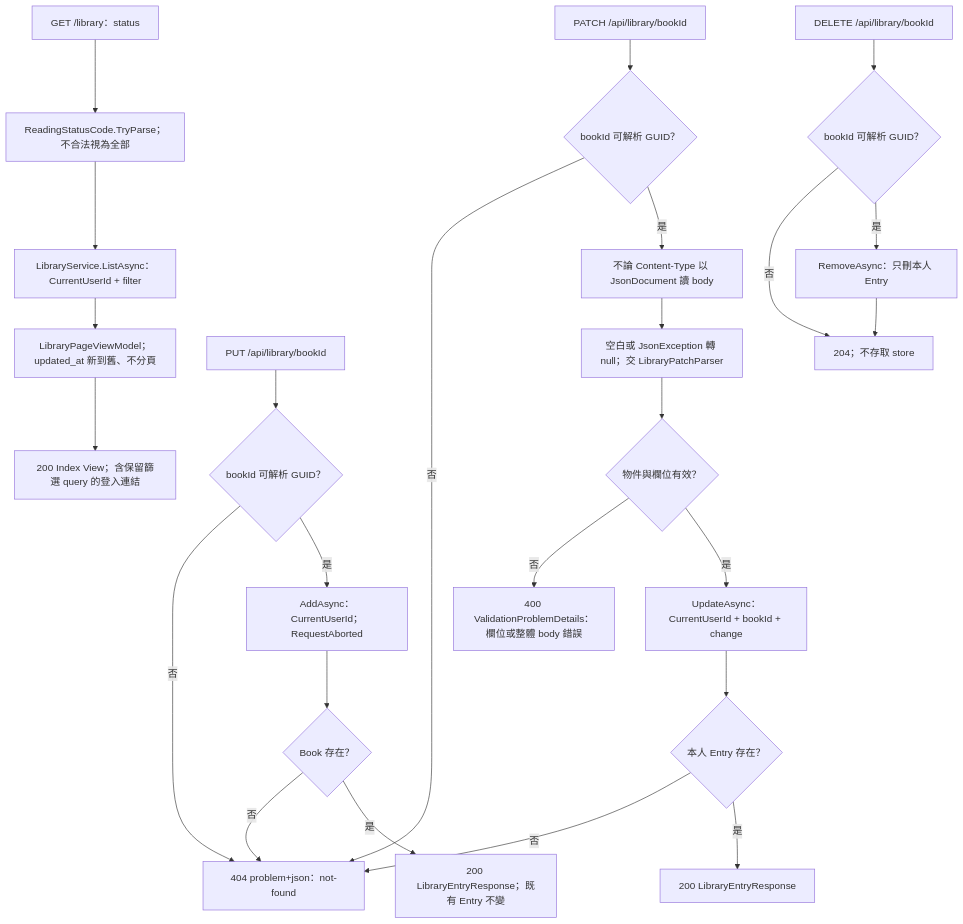
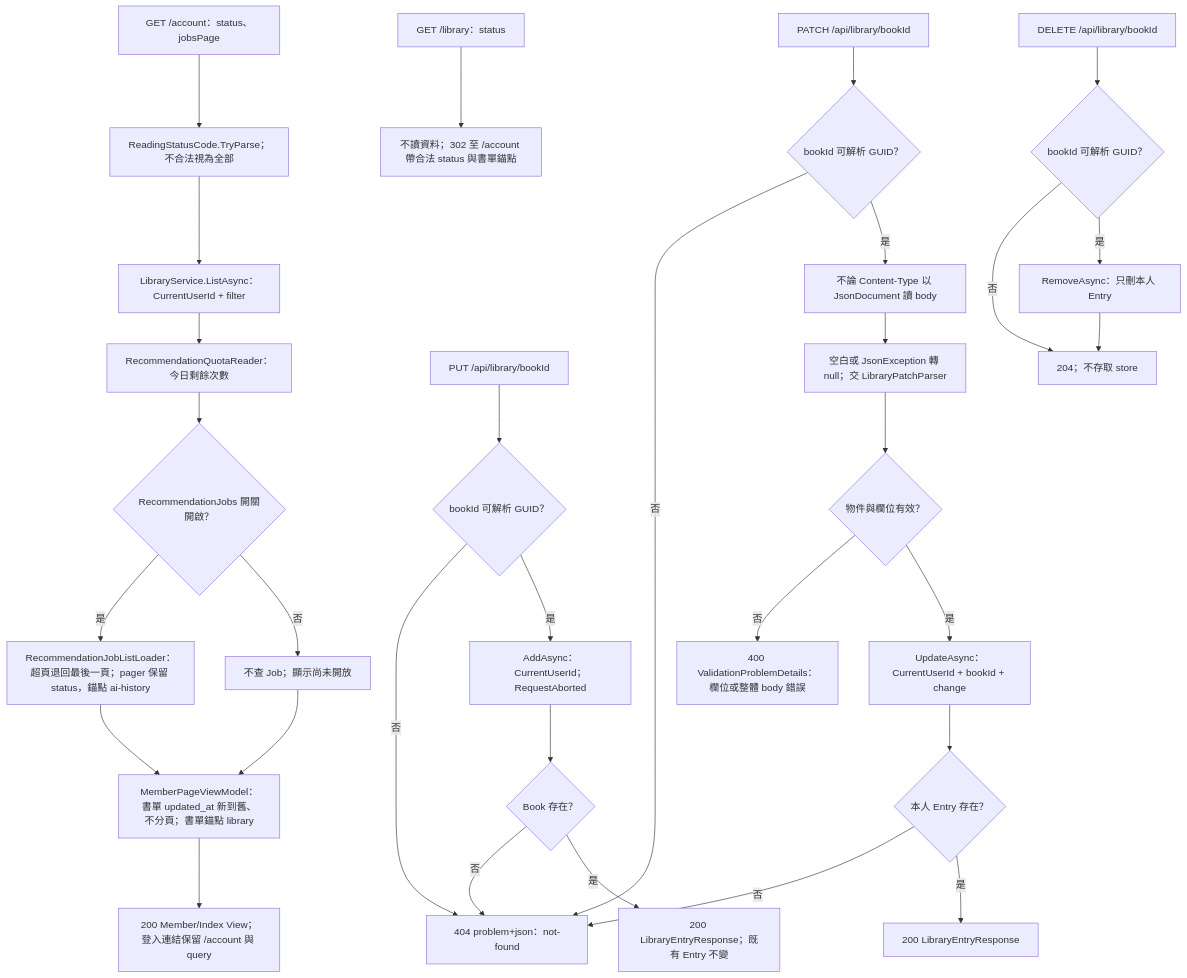
Before and after one commit to Arthur801/Book-Finder: the seventh of 10 diagrams in Controllers/docs/workflow-diagram.md, drawn with Mermaid. The commit also changed other lines of this file and 15 other files, not shown here.

````diff
--- a/Controllers/docs/workflow-diagram.md
+++ b/Controllers/docs/workflow-diagram.md
@@ -175,27 +175,33 @@
 ```mermaid
 flowchart TD
-    PAGE[GET /library：status] --> FILTER[ReadingStatusCode.TryParse；不合法視為全部]
+    PAGE[GET /account：status、jobsPage] --> FILTER[ReadingStatusCode.TryParse；不合法視為全部]
     FILTER --> LIST[LibraryService.ListAsync：CurrentUserId + filter]
-    LIST --> VM[LibraryPageViewModel；updated_at 新到舊、不分頁]
-    VM --> VIEW[200 Index View；含保留篩選 query 的登入連結]
+    LIST --> QUOTA[RecommendationQuotaReader：今日剩餘次數]
+    QUOTA --> JOBS{RecommendationJobs 開關開啟？}
+    JOBS -->|是| JL[RecommendationJobListLoader：超頁退回最後一頁；pager 保留 status，錨點 ai-history]
+    JOBS -->|否| OFF[不查 Job；顯示尚未開放]
+    JL --> VM[MemberPageViewModel：書單 updated_at 新到舊、不分頁；書單錨點 library]
+    OFF --> VM
+    VM --> VIEW[200 Member/Index View；登入連結保留 /account 與 query]
+    LR[GET /library：status] --> LRD[不讀資料；302 至 /account 帶合法 status 與書單錨點]
     PUT[PUT /api/library/bookId] --> PG{bookId 可解析 GUID？}
     PG -->|否| NF[404 problem+json：not-found]
     PG -->|是| ADD[AddAsync：CurrentUserId；RequestAborted]
     ADD --> OUT{Book 存在？}
     OUT -->|否| NF
     OUT -->|是| OK[200 LibraryEntryResponse；既有 Entry 不變]
     PATCH[PATCH /api/library/bookId] --> UG{bookId 可解析 GUID？}
     UG -->|否| NF
     UG -->|是| JSON[不論 Content-Type 以 JsonDocument 讀 body]
     JSON --> PARSE[空白或 JsonException 轉 null；交 LibraryPatchParser]
     PARSE --> VALID{物件與欄位有效？}
     VALID -->|否| BAD[400 ValidationProblemDetails：欄位或整體 body 錯誤]
     VALID -->|是| UPDATE[UpdateAsync：CurrentUserId + bookId + change]
     UPDATE --> EXIST{本人 Entry 存在？}
     EXIST -->|否| NF
     EXIST -->|是| UOK[200 LibraryEntryResponse]
     DELETE[DELETE /api/library/bookId] --> DG{bookId 可解析 GUID？}
     DG -->|否| NC[204；不存取 store]
     DG -->|是| REMOVE[RemoveAsync：只刪本人 Entry]
     REMOVE --> NC
 ```
````
